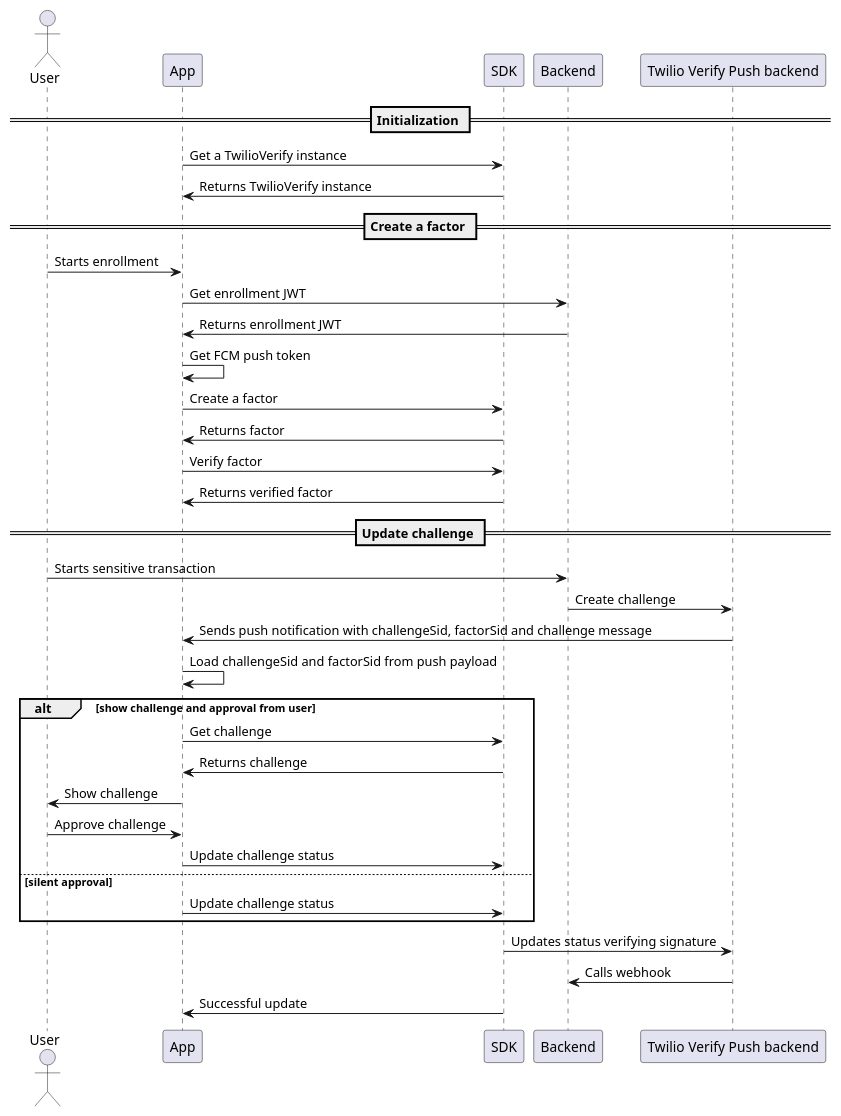
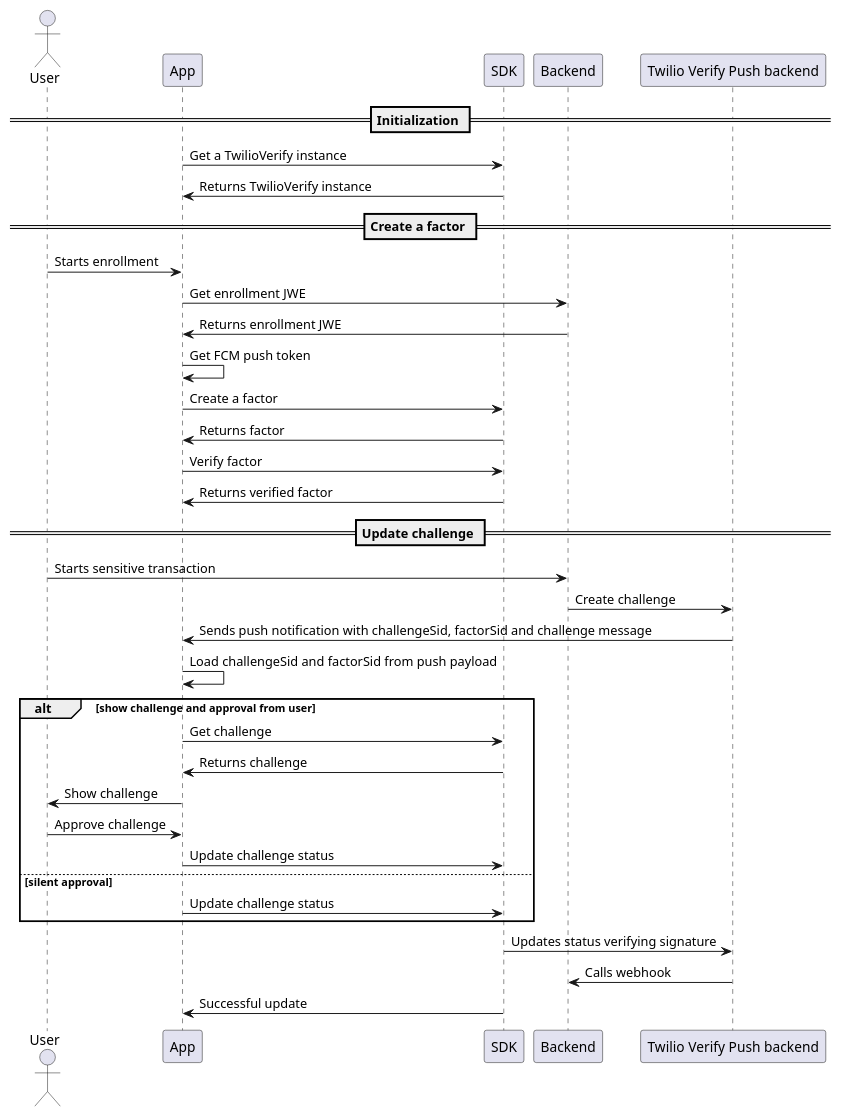
The diagram in diagrams/Flow/flow.wsd (twilio/twilio-verify-android), drawn with PlantUML before and after one commit. The commit also changed 37 other files, not shown here.

First line of the commit message:
ACCSEC-18060 Enrollment JWE (#102)

```diff
--- a/diagrams/Flow/flow.wsd
+++ b/diagrams/Flow/flow.wsd
@@ -1,39 +1,39 @@
 @startuml Flow
 
 actor User
 participant App
 participant SDK
 participant Backend
 participant "Twilio Verify Push backend" as VerifyPush 
 
 == Initialization ==
 App -> SDK : Get a TwilioVerify instance
 SDK -> App : Returns TwilioVerify instance
 == Create a factor ==
 User -> App : Starts enrollment
-App -> Backend : Get enrollment JWT
-Backend -> App : Returns enrollment JWT
+App -> Backend : Get enrollment JWE
+Backend -> App : Returns enrollment JWE
 App -> App : Get FCM push token
 App -> SDK : Create a factor
 SDK -> App : Returns factor
 App -> SDK : Verify factor
 SDK -> App : Returns verified factor
 == Update challenge ==
 User -> Backend : Starts sensitive transaction
 Backend -> VerifyPush : Create challenge
 VerifyPush -> App : Sends push notification with challengeSid, factorSid and challenge message
 App -> App : Load challengeSid and factorSid from push payload
 alt show challenge and approval from user
     App -> SDK : Get challenge
     SDK -> App : Returns challenge
     App -> User : Show challenge
     User -> App : Approve challenge
     App -> SDK: Update challenge status
 else silent approval
     App -> SDK: Update challenge status
 end
 SDK -> VerifyPush : Updates status verifying signature
 VerifyPush -> Backend : Calls webhook
 SDK -> App : Successful update
 
 @enduml
```
